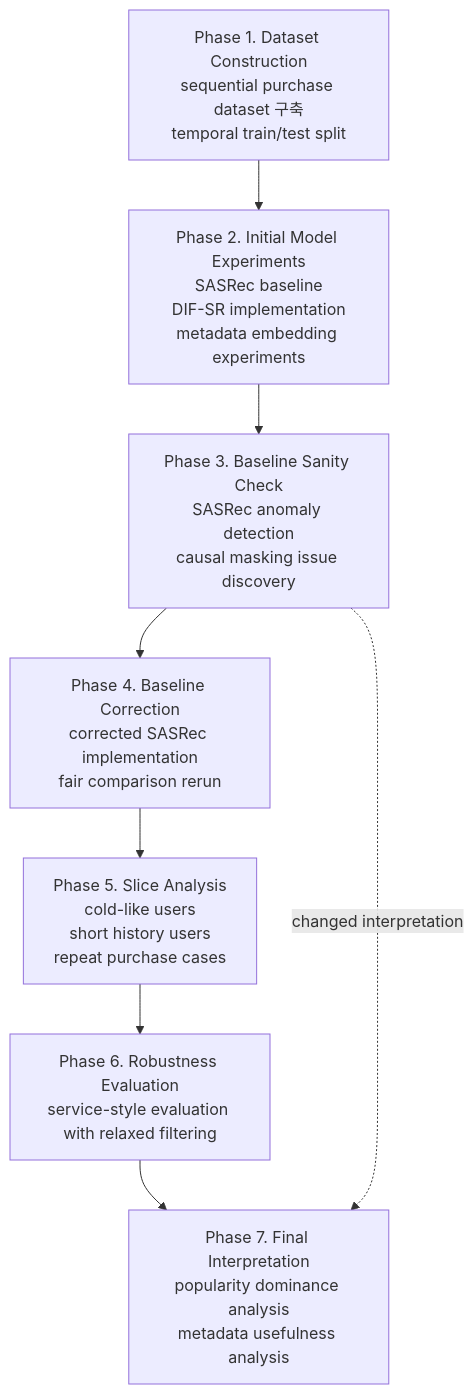
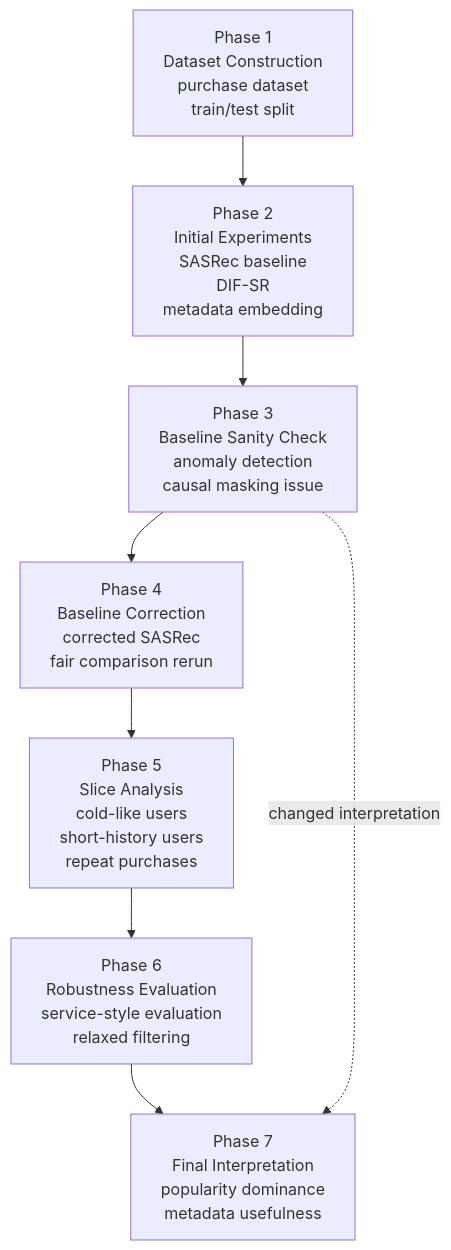
Before and after one commit to hyeongseok21/sequential-recommendation-under-sparsity: the third of 4 diagrams in README.md, drawn with Mermaid.

Commit message:
docs: tighten timeline diagram labels

````diff
--- a/README.md
+++ b/README.md
@@ -123,18 +123,18 @@
 ```mermaid
 flowchart TD
 
-A["Phase 1. Dataset Construction<br/>sequential purchase dataset 구축<br/>temporal train/test split"]
---> B["Phase 2. Initial Model Experiments<br/>SASRec baseline<br/>DIF-SR implementation<br/>metadata embedding experiments"]
+A["Phase 1<br/>Dataset Construction<br/>purchase dataset<br/>train/test split"]
+--> B["Phase 2<br/>Initial Experiments<br/>SASRec baseline<br/>DIF-SR<br/>metadata embedding"]
 
-B --> C["Phase 3. Baseline Sanity Check<br/>SASRec anomaly detection<br/>causal masking issue discovery"]
+B --> C["Phase 3<br/>Baseline Sanity Check<br/>anomaly detection<br/>causal masking issue"]
 
-C --> D["Phase 4. Baseline Correction<br/>corrected SASRec implementation<br/>fair comparison rerun"]
+C --> D["Phase 4<br/>Baseline Correction<br/>corrected SASRec<br/>fair comparison rerun"]
 
-D --> E["Phase 5. Slice Analysis<br/>cold-like users<br/>short history users<br/>repeat purchase cases"]
+D --> E["Phase 5<br/>Slice Analysis<br/>cold-like users<br/>short-history users<br/>repeat purchases"]
 
-E --> F["Phase 6. Robustness Evaluation<br/>service-style evaluation with relaxed filtering"]
+E --> F["Phase 6<br/>Robustness Evaluation<br/>service-style evaluation<br/>relaxed filtering"]
 
-F --> G["Phase 7. Final Interpretation<br/>popularity dominance analysis<br/>metadata usefulness analysis"]
+F --> G["Phase 7<br/>Final Interpretation<br/>popularity dominance<br/>metadata usefulness"]
 
 C -. changed interpretation .-> G
 ```
````
